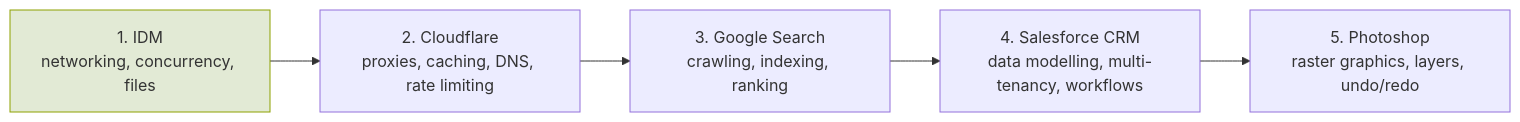
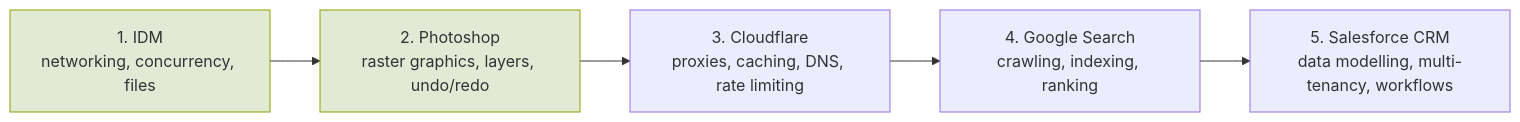
The diagram in content/meta/roadmap.md (Fatalshears/GlitchGallery), drawn with Mermaid before and after one commit. The commit also changed other lines of this file and 51 other files, not shown here.

````diff
--- a/content/meta/roadmap.md
+++ b/content/meta/roadmap.md
@@ -9,8 +9,8 @@
 ```mermaid
 flowchart LR
-  A["1. IDM<br/>networking, concurrency, files"]:::done --> B["2. Cloudflare<br/>proxies, caching, DNS, rate limiting"]
-  B --> C["3. Google Search<br/>crawling, indexing, ranking"]
-  C --> D["4. Salesforce CRM<br/>data modelling, multi-tenancy, workflows"]
-  D --> E["5. Photoshop<br/>raster graphics, layers, undo/redo"]
+  A["1. IDM<br/>networking, concurrency, files"]:::done --> E["2. Photoshop<br/>raster graphics, layers, undo/redo"]:::done
+  E --> B["3. Cloudflare<br/>proxies, caching, DNS, rate limiting"]
+  B --> C["4. Google Search<br/>crawling, indexing, ranking"]
+  C --> D["5. Salesforce CRM<br/>data modelling, multi-tenancy, workflows"]
   classDef done fill:#a7c08055,stroke:#8da101
 ```
````
